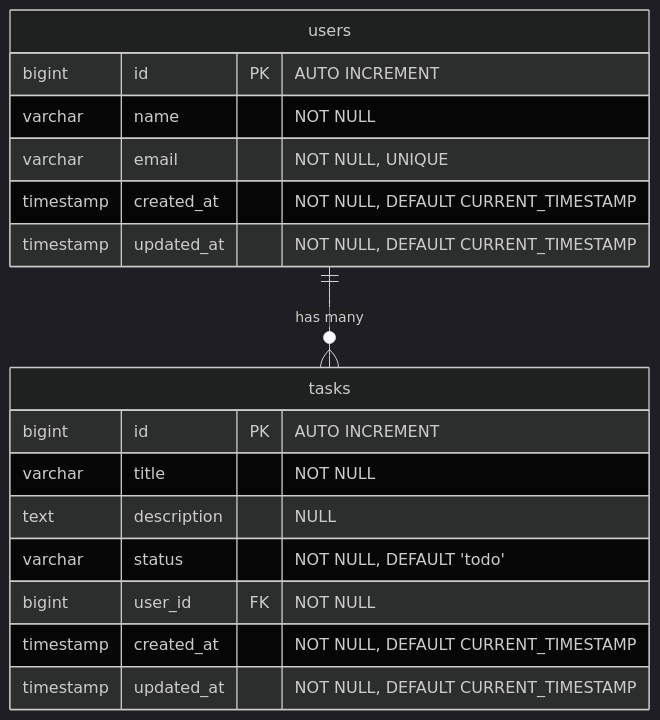
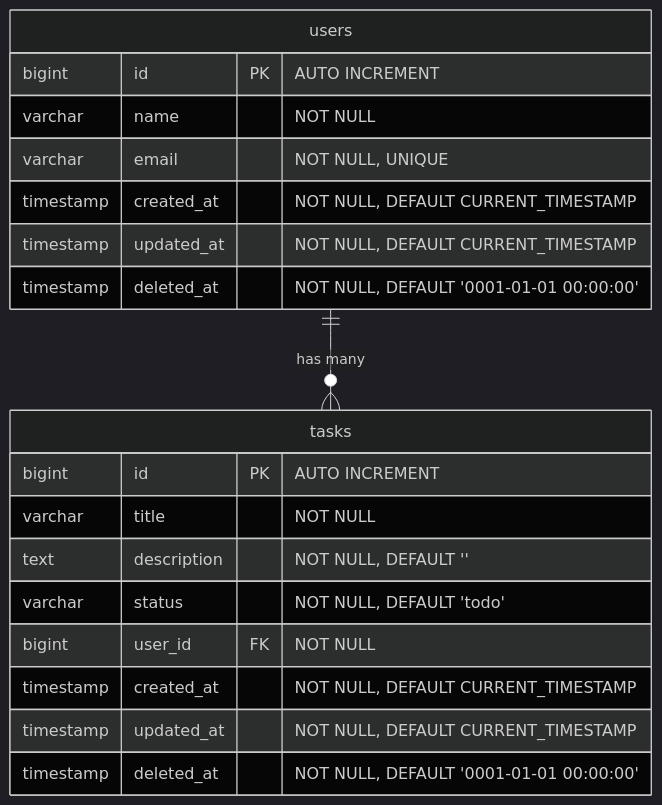
The diagram in docs/phases/phase2/2-4_db-schema-er.md (geek-teru/claude-task-app), drawn with Mermaid (dark theme) before and after one commit. The commit also changed other lines of this file and 3 other files, not shown here.

````diff
--- a/docs/phases/phase2/2-4_db-schema-er.md
+++ b/docs/phases/phase2/2-4_db-schema-er.md
@@ -5,22 +11,24 @@
 ```mermaid
 erDiagram
     users {
         bigint id PK "AUTO INCREMENT"
         varchar name "NOT NULL"
         varchar email "NOT NULL, UNIQUE"
         timestamp created_at "NOT NULL, DEFAULT CURRENT_TIMESTAMP"
         timestamp updated_at "NOT NULL, DEFAULT CURRENT_TIMESTAMP"
+        timestamp deleted_at "NOT NULL, DEFAULT '0001-01-01 00:00:00'"
     }
 
     tasks {
         bigint id PK "AUTO INCREMENT"
         varchar title "NOT NULL"
-        text description "NULL"
+        text description "NOT NULL, DEFAULT ''"
         varchar status "NOT NULL, DEFAULT 'todo'"
         bigint user_id FK "NOT NULL"
         timestamp created_at "NOT NULL, DEFAULT CURRENT_TIMESTAMP"
         timestamp updated_at "NOT NULL, DEFAULT CURRENT_TIMESTAMP"
+        timestamp deleted_at "NOT NULL, DEFAULT '0001-01-01 00:00:00'"
     }
 
     users ||--o{ tasks : "has many"
 ```
````
